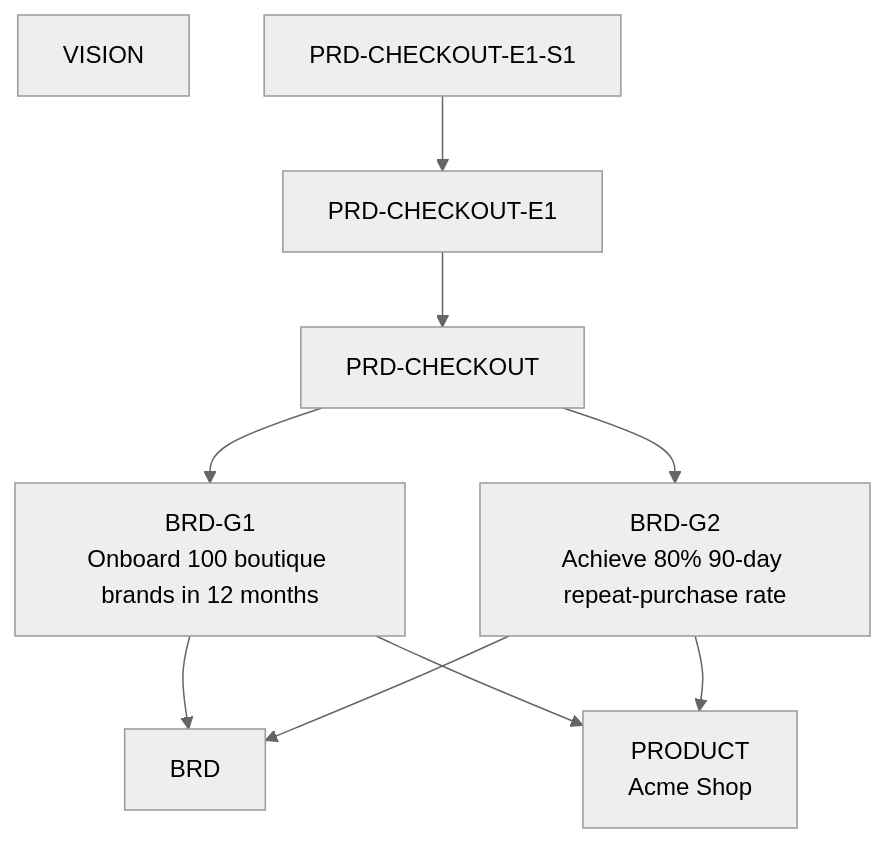
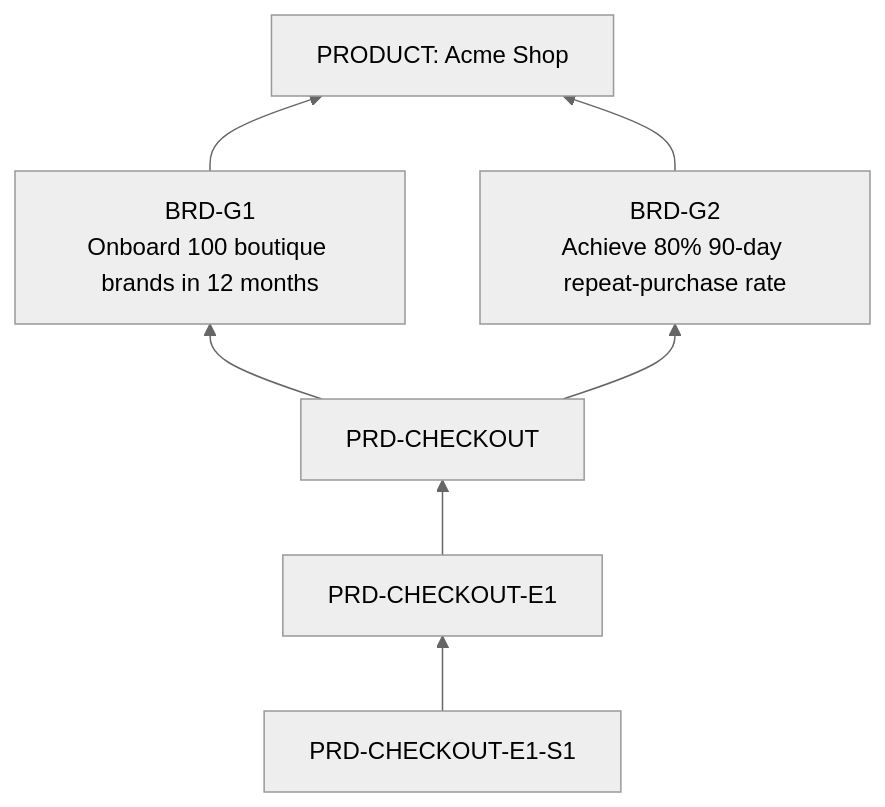
Before and after one commit to hieubui2409/product-spec: the diagram in .claude/skills/product-spec/examples/acme-shop/docs/product/visuals/tree.md, drawn with Mermaid (neutral theme). The commit also changed 23 other files, not shown here.

````diff
--- a/.claude/skills/product-spec/examples/acme-shop/docs/product/visuals/tree.md
+++ b/.claude/skills/product-spec/examples/acme-shop/docs/product/visuals/tree.md
@@ -1,19 +1,16 @@
 ```mermaid
-flowchart TB
-  PRODUCT["Acme Shop"]
-  PRODUCT["PRODUCT\nAcme Shop"]
-  VISION["VISION\n"]
+flowchart BT
+  classDef deferred stroke-dasharray: 4 2,opacity:0.6
+  PRODUCT["PRODUCT: Acme Shop"]
   BRD_G1["BRD-G1\nOnboard 100 boutique brands in 12 months"]
   BRD_G2["BRD-G2\nAchieve 80% 90-day repeat-purchase rate"]
   PRD_CHECKOUT["PRD-CHECKOUT\n"]
   PRD_CHECKOUT_E1["PRD-CHECKOUT-E1\n"]
   PRD_CHECKOUT_E1_S1["PRD-CHECKOUT-E1-S1\n"]
-  BRD_G1 --> BRD
-  BRD_G2 --> BRD
   PRD_CHECKOUT --> BRD_G1
   PRD_CHECKOUT --> BRD_G2
   PRD_CHECKOUT_E1 --> PRD_CHECKOUT
   PRD_CHECKOUT_E1_S1 --> PRD_CHECKOUT_E1
   BRD_G1 --> PRODUCT
   BRD_G2 --> PRODUCT
 ```
````
